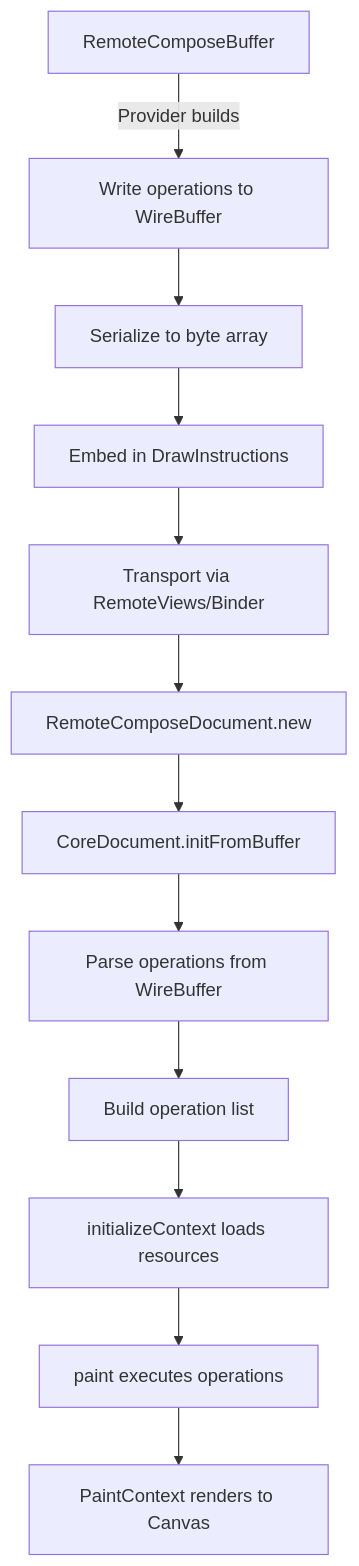
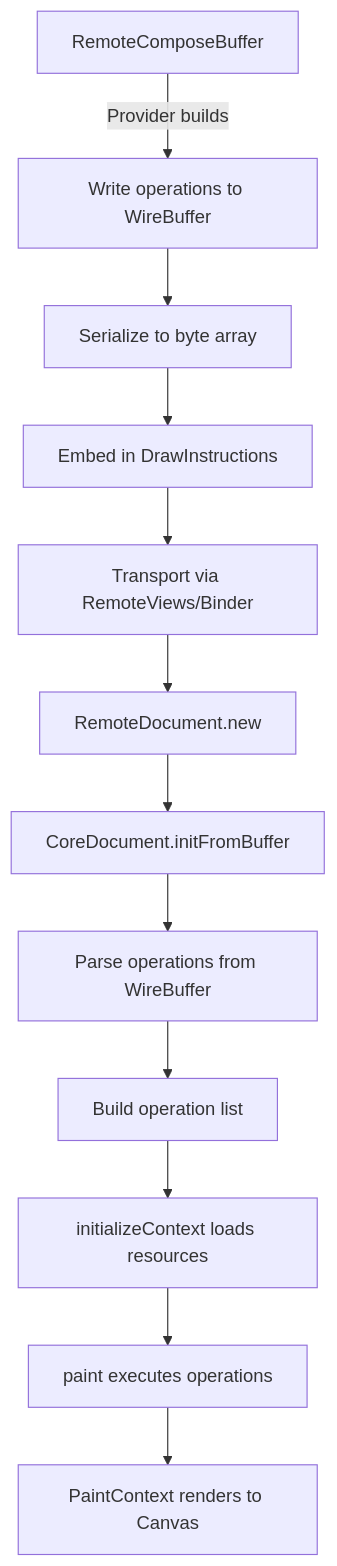
One commit to aospbooks/aosp-internal-book changed the seventh of 10 diagrams in agents/claude/skills/aosp-ui-framework/44-widgets-remoteviews.md. Above: the diagram before and after it, drawn with Mermaid. The commit also changed other lines of this file and 218 other files, not shown here.

````diff
--- a/agents/claude/skills/aosp-ui-framework/44-widgets-remoteviews.md
+++ b/agents/claude/skills/aosp-ui-framework/44-widgets-remoteviews.md
@@ -1594,14 +1642,14 @@
 ```mermaid
 flowchart TD
     A[RemoteComposeBuffer] -->|"Provider builds"| B[Write operations to WireBuffer]
     B --> C[Serialize to byte array]
     C --> D[Embed in DrawInstructions]
     D --> E[Transport via RemoteViews/Binder]
-    E --> F[RemoteComposeDocument.new]
+    E --> F[RemoteDocument.new]
     F --> G[CoreDocument.initFromBuffer]
     G --> H[Parse operations from WireBuffer]
     H --> I[Build operation list]
     I --> J[initializeContext loads resources]
     J --> K[paint executes operations]
     K --> L[PaintContext renders to Canvas]
 ```
````
